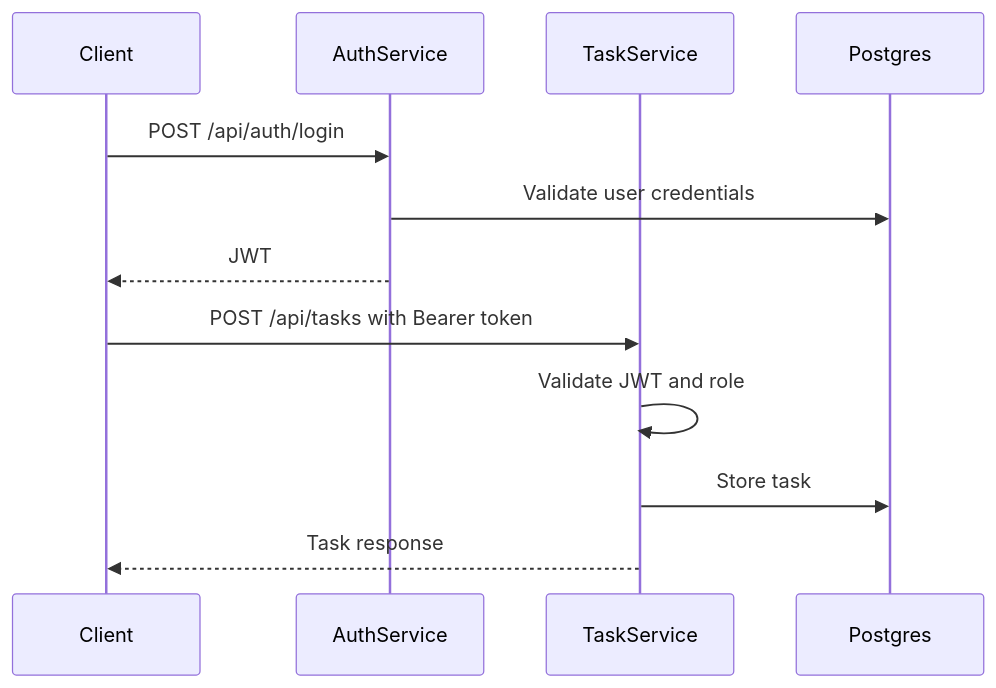
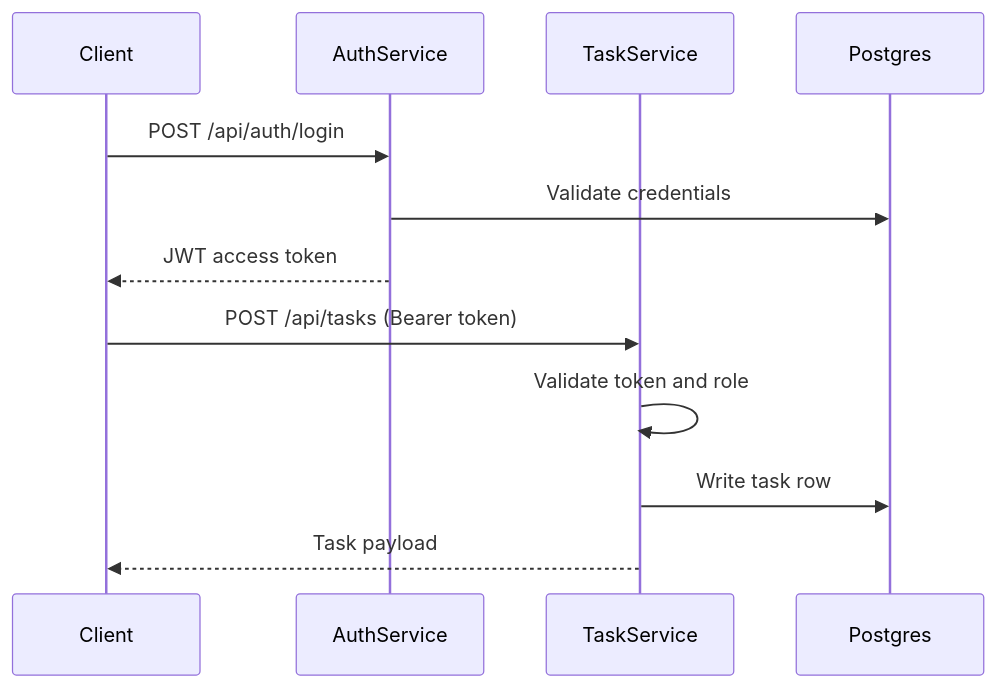
Before and after one commit to LevinLev1/secure-task-hub: the second of 2 diagrams in docs/architecture.md, drawn with Mermaid. The commit also changed other lines of this file and 4 other files, not shown here.

````diff
--- a/docs/architecture.md
+++ b/docs/architecture.md
@@ -85,15 +41,15 @@
 ```mermaid
 sequenceDiagram
     participant Client
     participant AuthService
     participant TaskService
     participant Postgres
 
     Client->>AuthService: POST /api/auth/login
-    AuthService->>Postgres: Validate user credentials
-    AuthService-->>Client: JWT
-    Client->>TaskService: POST /api/tasks with Bearer token
-    TaskService->>TaskService: Validate JWT and role
-    TaskService->>Postgres: Store task
-    TaskService-->>Client: Task response
+    AuthService->>Postgres: Validate credentials
+    AuthService-->>Client: JWT access token
+    Client->>TaskService: POST /api/tasks (Bearer token)
+    TaskService->>TaskService: Validate token and role
+    TaskService->>Postgres: Write task row
+    TaskService-->>Client: Task payload
 ```
````
